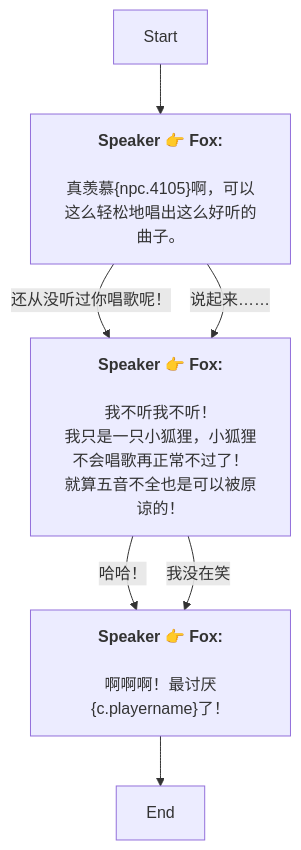
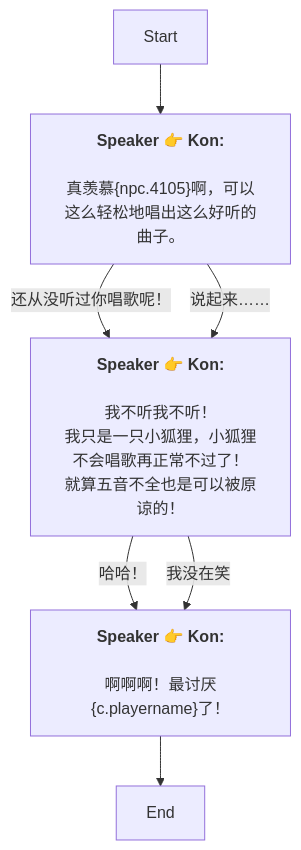
Before and after one commit to SoftHu/tos_avg: the diagram in Zh/AddDialogNode_1739771490867620.md, drawn with Mermaid. The commit also changed 730 other files, not shown here.

````diff
--- a/Zh/AddDialogNode_1739771490867620.md
+++ b/Zh/AddDialogNode_1739771490867620.md
@@ -1,17 +1,17 @@
 ```mermaid
 graph
-Start -->1739771553894823[<b>Speaker 👉 Fox:</b>
+Start -->1739771553894823[<b>Speaker 👉 Kon:</b>
 \n真羡慕&lbrace;npc.4105&rbrace;啊，可以这么轻松地唱出这么好听的曲子。]
-1739771553894823 -->|还从没听过你唱歌呢！|1739773216019886[<b>Speaker 👉 Fox:</b>
+1739771553894823 -->|还从没听过你唱歌呢！|1739773216019886[<b>Speaker 👉 Kon:</b>
 \n我不听我不听！
 我只是一只小狐狸，小狐狸不会唱歌再正常不过了！\n就算五音不全也是可以被原谅的！]
-1739771553894823 -->|说起来……|1739773216019886[<b>Speaker 👉 Fox:</b>
+1739771553894823 -->|说起来……|1739773216019886[<b>Speaker 👉 Kon:</b>
 \n我不听我不听！
 我只是一只小狐狸，小狐狸不会唱歌再正常不过了！\n就算五音不全也是可以被原谅的！]
-1739773216019886 -->|哈哈！|1739774124962228[<b>Speaker 👉 Fox:</b>
+1739773216019886 -->|哈哈！|1739774124962228[<b>Speaker 👉 Kon:</b>
 \n啊啊啊！最讨厌&lbrace;c.playername&rbrace;了！]
-1739773216019886 -->|我没在笑|1739774124962228[<b>Speaker 👉 Fox:</b>
+1739773216019886 -->|我没在笑|1739774124962228[<b>Speaker 👉 Kon:</b>
 \n啊啊啊！最讨厌&lbrace;c.playername&rbrace;了！]
 1739774124962228 -->1739774309007797[End]
 
 ```
````
